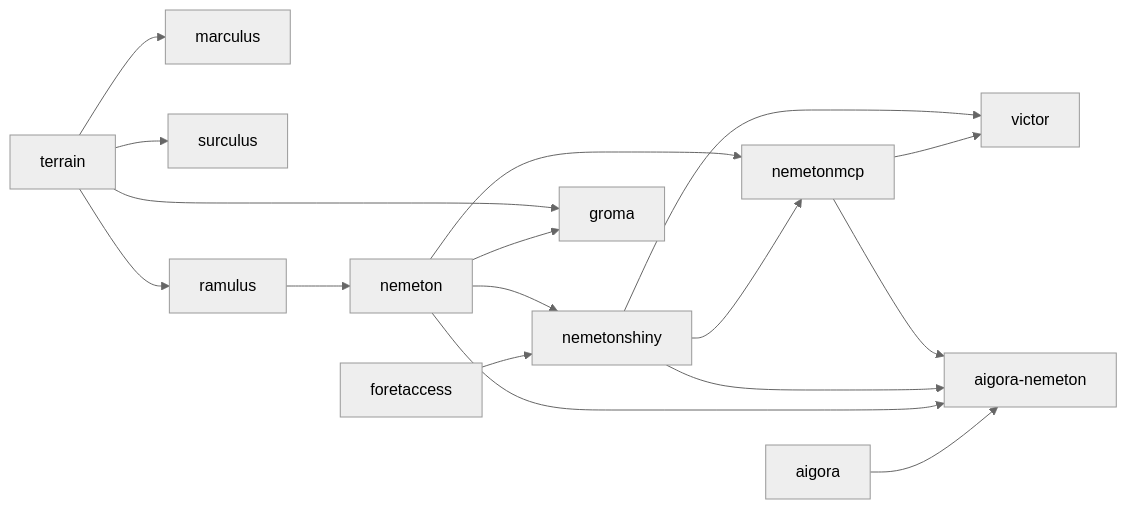
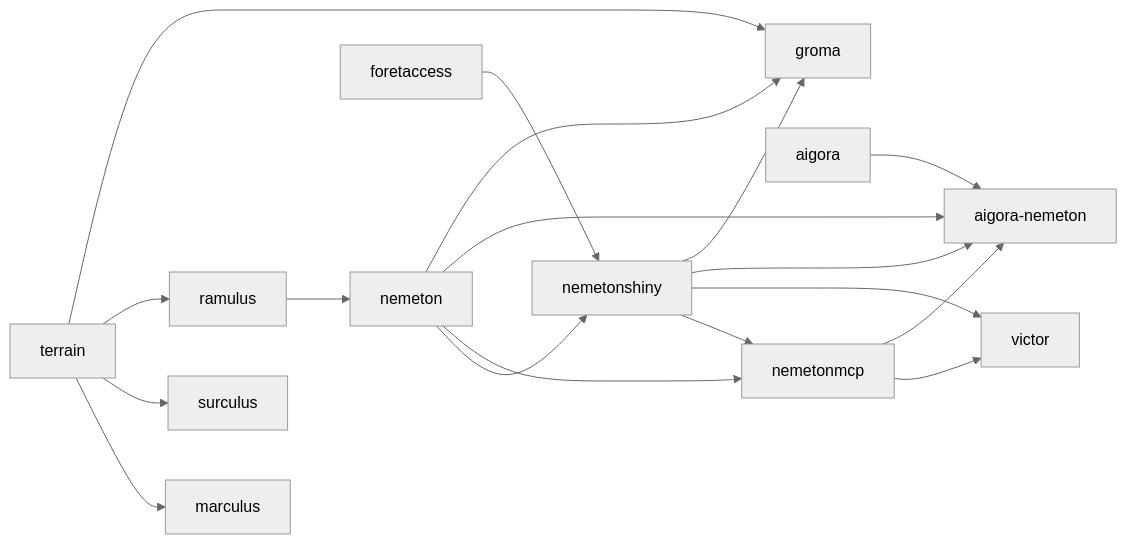
One commit to pobsteta/nemetonplateform changed the diagram in docs/carte-dependances.md. Above: the diagram before and after it, drawn with Mermaid (neutral theme). The commit also changed other lines of this file and 2 other files, not shown here.

First line of the commit message:
lien groma ← nemetonshiny : dépendance technique, confirmé

````diff
--- a/docs/carte-dependances.md
+++ b/docs/carte-dependances.md
@@ -47,19 +47,20 @@
 ```mermaid
 flowchart LR
   nemeton --> nemetonshiny
   foretaccess --> nemetonshiny
   nemeton --> nemetonmcp
   nemetonshiny --> nemetonmcp
   nemetonshiny --> victor
   nemetonmcp --> victor
   nemetonmcp --> aigora_nemeton[aigora-nemeton]
   nemetonshiny --> aigora_nemeton
   nemeton --> aigora_nemeton
   aigora --> aigora_nemeton
   terrain --> marculus
   terrain --> surculus
   terrain --> ramulus
   terrain --> groma
   ramulus --> nemeton
   nemeton --> groma
+  nemetonshiny --> groma
 ```
````
